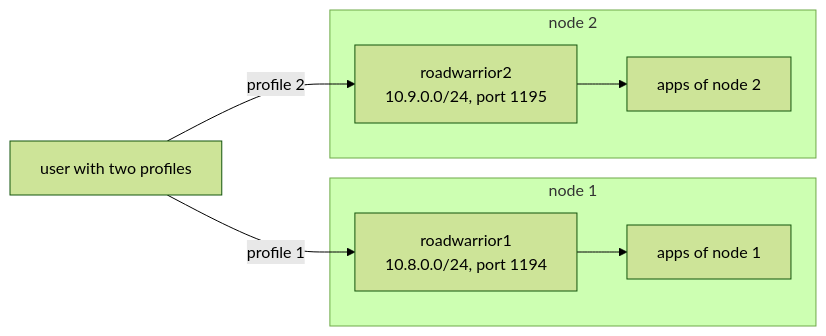
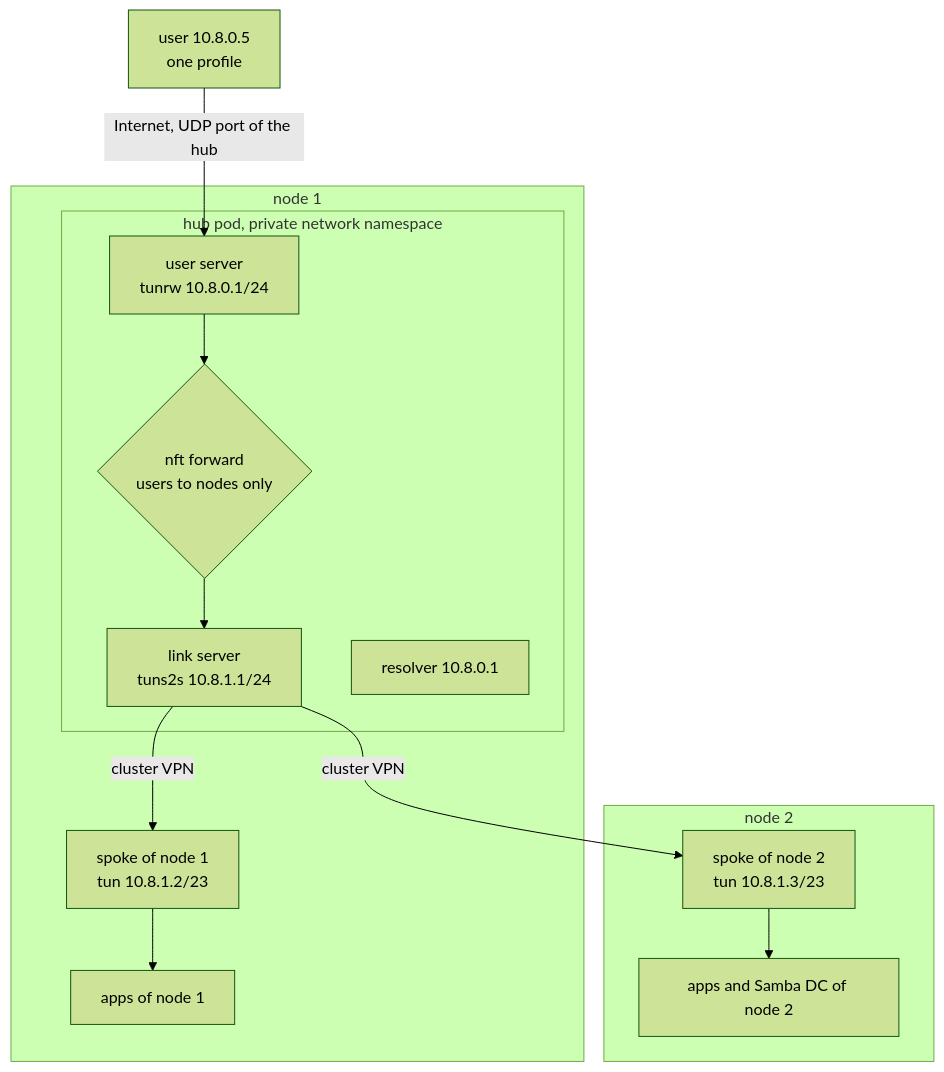
One commit to stephdl/ns8-roadwarrior changed the sixth of 7 diagrams in docs/network.md. Above: the diagram before and after it, drawn with Mermaid (forest theme). The commit also changed other lines of this file and 64 other files, not shown here.

First line of the commit message:
feat: let the users of a hub reach the other nodes (#18)

````diff
--- a/docs/network.md
+++ b/docs/network.md
@@ -199,14 +211,24 @@
 ```mermaid
-flowchart LR
-    user["user with two profiles"]
+flowchart TB
+    user["user 10.8.0.5<br/>one profile"]
+
     subgraph n1["node 1"]
-        rw1["roadwarrior1<br/>10.8.0.0/24, port 1194"]
+        subgraph pod["hub pod, private network namespace"]
+            rw["user server<br/>tunrw 10.8.0.1/24"]
+            fw{"nft forward<br/>users to nodes only"}
+            s2s["link server<br/>tuns2s 10.8.1.1/24"]
+            dns["resolver 10.8.0.1"]
+        end
+        sp1["spoke of node 1<br/>tun 10.8.1.2/23"]
         a1["apps of node 1"]
     end
+
     subgraph n2["node 2"]
-        rw2["roadwarrior2<br/>10.9.0.0/24, port 1195"]
-        a2["apps of node 2"]
+        sp2["spoke of node 2<br/>tun 10.8.1.3/23"]
+        a2["apps and Samba DC of node 2"]
     end
-    user -- "profile 1" --> rw1 --> a1
-    user -- "profile 2" --> rw2 --> a2
+
+    user -- "Internet, UDP port of the hub" --> rw --> fw --> s2s
+    s2s -- "cluster VPN" --> sp1 --> a1
+    s2s -- "cluster VPN" --> sp2 --> a2
 ```
````
